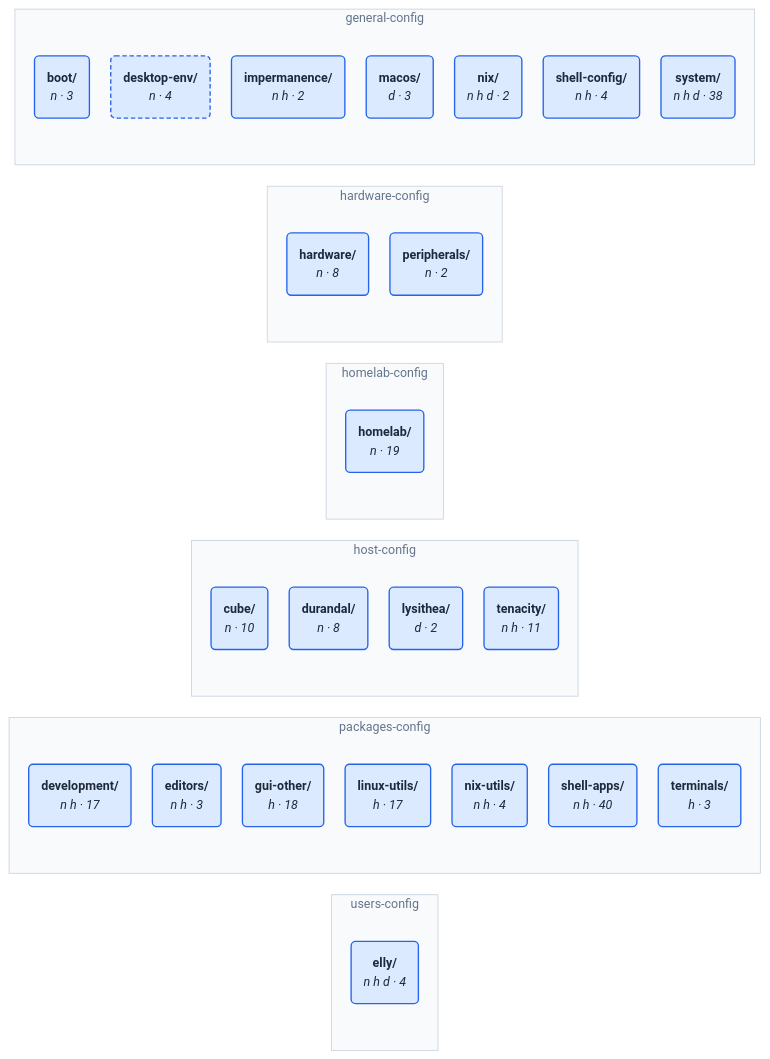
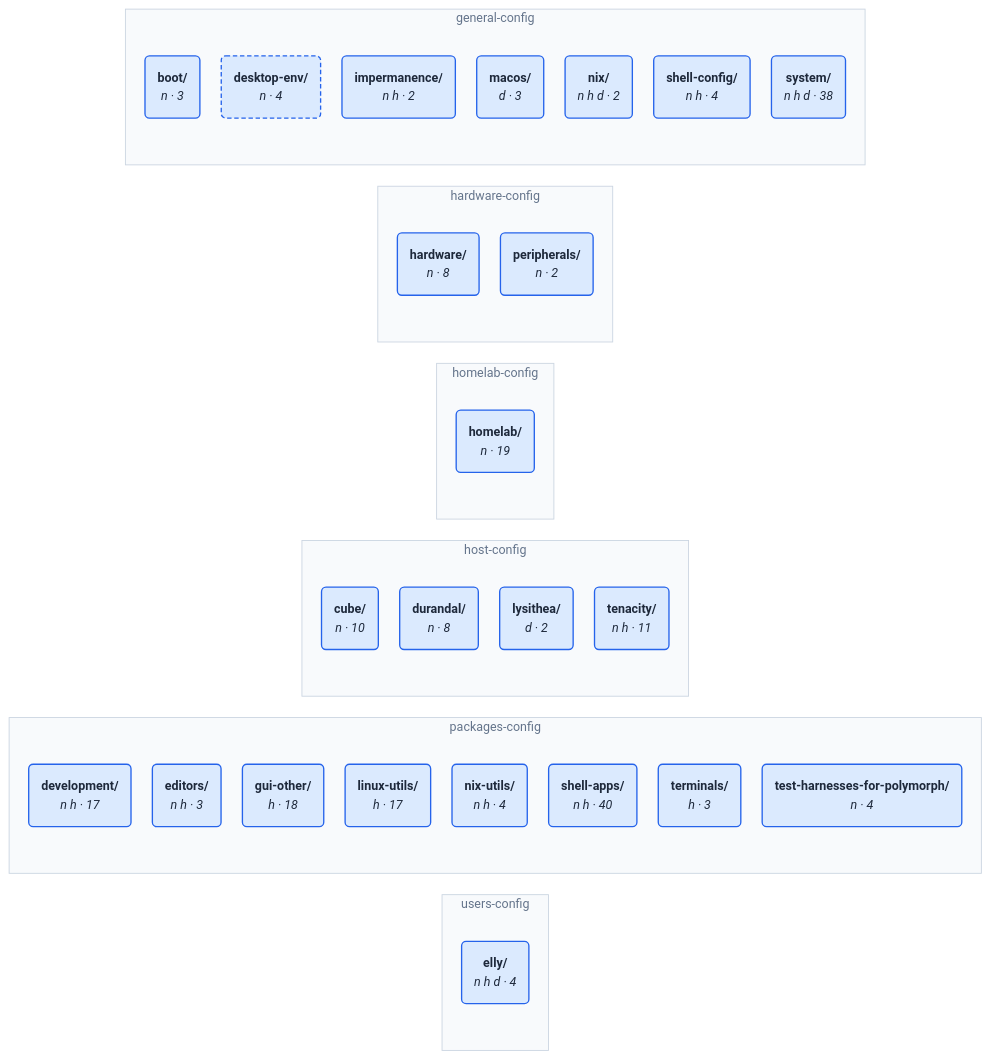
One commit to NireBryce/nixos-configs changed the diagram in wiki/config-structure/architecture.md. Above: the diagram before and after it, drawn with Mermaid. The commit also changed 6 other files, not shown here.

First line of the commit message:
feat: add test-harnesses-for-polymorph category (pi, cline, cursor, opencode)

````diff
--- a/wiki/config-structure/architecture.md
+++ b/wiki/config-structure/architecture.md
@@ -98,54 +98,55 @@
 ```mermaid
 %%{init: {"theme": "base", "themeVariables": {"fontFamily": "ui-sans-serif, system-ui, sans-serif", "fontSize": "14px", "lineColor": "#94a3b8"}, "flowchart": {"curve": "basis", "nodeSpacing": 24, "rankSpacing": 80, "padding": 14}}}%%
 flowchart LR
     subgraph g0["users-config"]
-        n27("<b>elly/</b><br/><i>n h d · 4</i>")
+        n28("<b>elly/</b><br/><i>n h d · 4</i>")
     end
     subgraph g1["packages-config"]
         n20("<b>development/</b><br/><i>n h · 17</i>")
         n21("<b>editors/</b><br/><i>n h · 3</i>")
         n22("<b>gui-other/</b><br/><i>h · 18</i>")
         n23("<b>linux-utils/</b><br/><i>h · 17</i>")
         n24("<b>nix-utils/</b><br/><i>n h · 4</i>")
         n25("<b>shell-apps/</b><br/><i>n h · 40</i>")
         n26("<b>terminals/</b><br/><i>h · 3</i>")
+        n27("<b>test-harnesses-for-polymorph/</b><br/><i>n · 4</i>")
     end
     subgraph g2["host-config"]
         n16("<b>cube/</b><br/><i>n · 10</i>")
         n17("<b>durandal/</b><br/><i>n · 8</i>")
         n18("<b>lysithea/</b><br/><i>d · 2</i>")
         n19("<b>tenacity/</b><br/><i>n h · 11</i>")
     end
     subgraph g3["homelab-config"]
         n15("<b>homelab/</b><br/><i>n · 19</i>")
     end
     subgraph g4["hardware-config"]
         n13("<b>hardware/</b><br/><i>n · 8</i>")
         n14("<b>peripherals/</b><br/><i>n · 2</i>")
     end
     subgraph g5["general-config"]
         n6("<b>boot/</b><br/><i>n · 3</i>")
         n7("<b>desktop-env/</b><br/><i>n · 4</i>")
         n8("<b>impermanence/</b><br/><i>n h · 2</i>")
         n9("<b>macos/</b><br/><i>d · 3</i>")
         n10("<b>nix/</b><br/><i>n h d · 2</i>")
         n11("<b>shell-config/</b><br/><i>n h · 4</i>")
         n12("<b>system/</b><br/><i>n h d · 38</i>")
     end
     style g0 fill:#f8fafc,stroke:#cbd5e1,color:#64748b
     style g1 fill:#f8fafc,stroke:#cbd5e1,color:#64748b
     style g2 fill:#f8fafc,stroke:#cbd5e1,color:#64748b
     style g3 fill:#f8fafc,stroke:#cbd5e1,color:#64748b
     style g4 fill:#f8fafc,stroke:#cbd5e1,color:#64748b
     style g5 fill:#f8fafc,stroke:#cbd5e1,color:#64748b
     classDef area fill:#f8fafc,stroke:#cbd5e1,color:#1e293b,stroke-width:1.5px
     classDef category fill:#dbeafe,stroke:#2563eb,color:#1e293b,stroke-width:1.5px
     classDef folder fill:#f1f5f9,stroke:#94a3b8,color:#1e293b,stroke-width:1.5px
     classDef module fill:#ffffff,stroke:#94a3b8,color:#1e293b,stroke-width:1.5px
     classDef aggregate fill:#ffffff,stroke:#f59e0b,color:#1e293b,stroke-width:1.5px
     classDef missing fill:#fee2e2,stroke:#ef4444,color:#1e293b,stroke-width:1.5px
     classDef orphan fill:#fff1f2,stroke:#e11d48,color:#1e293b,stroke-width:2.5px
     classDef bymodule stroke-dasharray:5 3
-    class n6,n7,n8,n9,n10,n11,n12,n13,n14,n15,n16,n17,n18,n19,n20,n21,n22,n23,n24,n25,n26,n27 category
+    class n6,n7,n8,n9,n10,n11,n12,n13,n14,n15,n16,n17,n18,n19,n20,n21,n22,n23,n24,n25,n26,n27,n28 category
     class n7 bymodule
 ```
````
